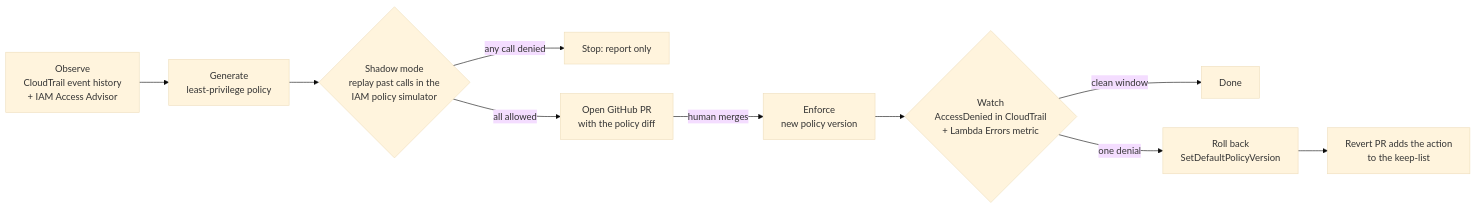
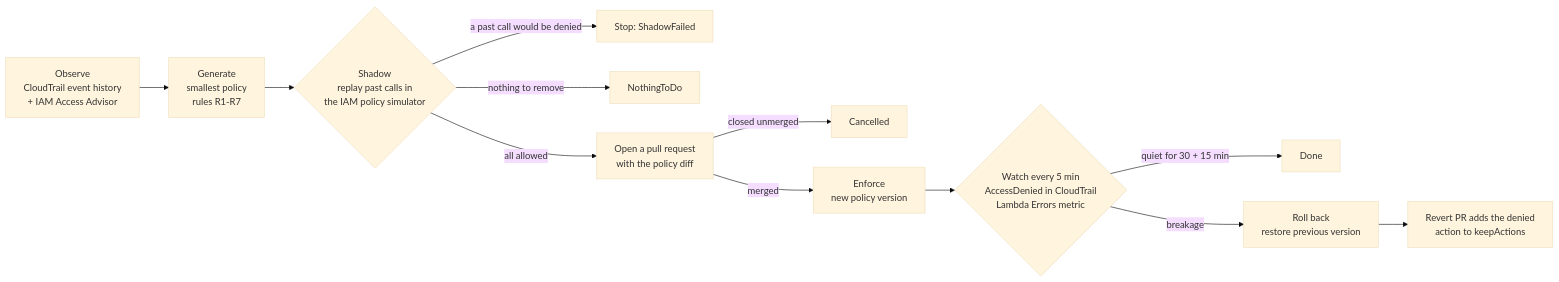
One commit to singha105/iam-autopilot changed the first of 2 diagrams in README.md. Above: the diagram before and after it, drawn with Mermaid (base theme). The commit also changed other lines of this file and 5 other files, not shown here.

````diff
--- a/README.md
+++ b/README.md
@@ -31,12 +40,14 @@
 ```mermaid
 flowchart LR
-    A[Observe<br/>CloudTrail event history<br/>+ IAM Access Advisor] --> B[Generate<br/>least-privilege policy]
-    B --> C{Shadow mode<br/>replay past calls in the<br/>IAM policy simulator}
-    C -- any call denied --> S[Stop: report only]
-    C -- all allowed --> D[Open GitHub PR<br/>with the policy diff]
-    D -- human merges --> E[Enforce<br/>new policy version]
-    E --> F{Watch<br/>AccessDenied in CloudTrail<br/>+ Lambda Errors metric}
-    F -- clean window --> G[Done]
-    F -- one denial --> H[Roll back<br/>SetDefaultPolicyVersion]
-    H --> I[Revert PR adds the action<br/>to the keep-list]
+    O[Observe<br/>CloudTrail event history<br/>+ IAM Access Advisor] --> G[Generate<br/>smallest policy<br/>rules R1-R7]
+    G --> S{Shadow<br/>replay past calls in<br/>the IAM policy simulator}
+    S -- a past call would be denied --> X[Stop: ShadowFailed]
+    S -- nothing to remove --> N[NothingToDo]
+    S -- all allowed --> P[Open a pull request<br/>with the policy diff]
+    P -- closed unmerged --> C[Cancelled]
+    P -- merged --> E[Enforce<br/>new policy version]
+    E --> W{Watch every 5 min<br/>AccessDenied in CloudTrail<br/>Lambda Errors metric}
+    W -- quiet for 30 + 15 min --> D[Done]
+    W -- breakage --> R[Roll back<br/>restore previous version]
+    R --> V[Revert PR adds the denied<br/>action to keepActions]
 ```
````
